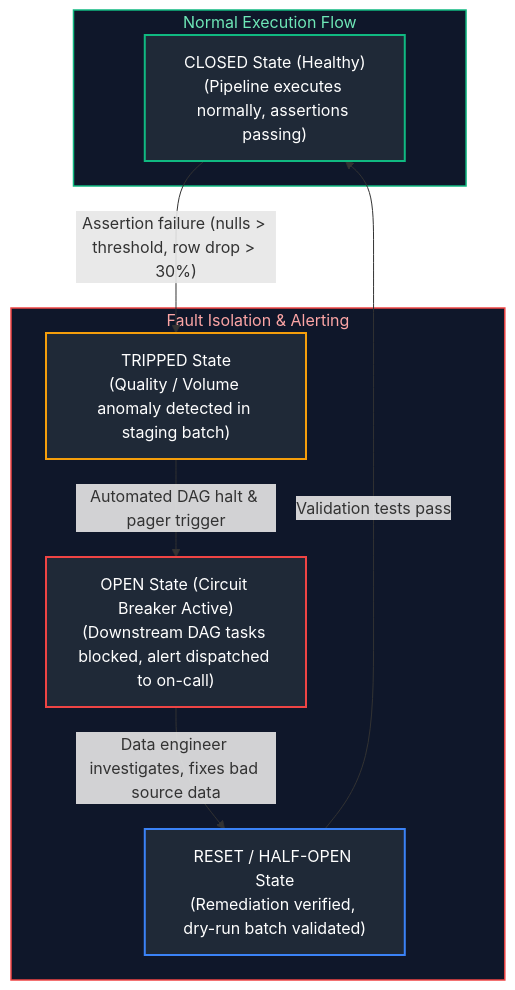
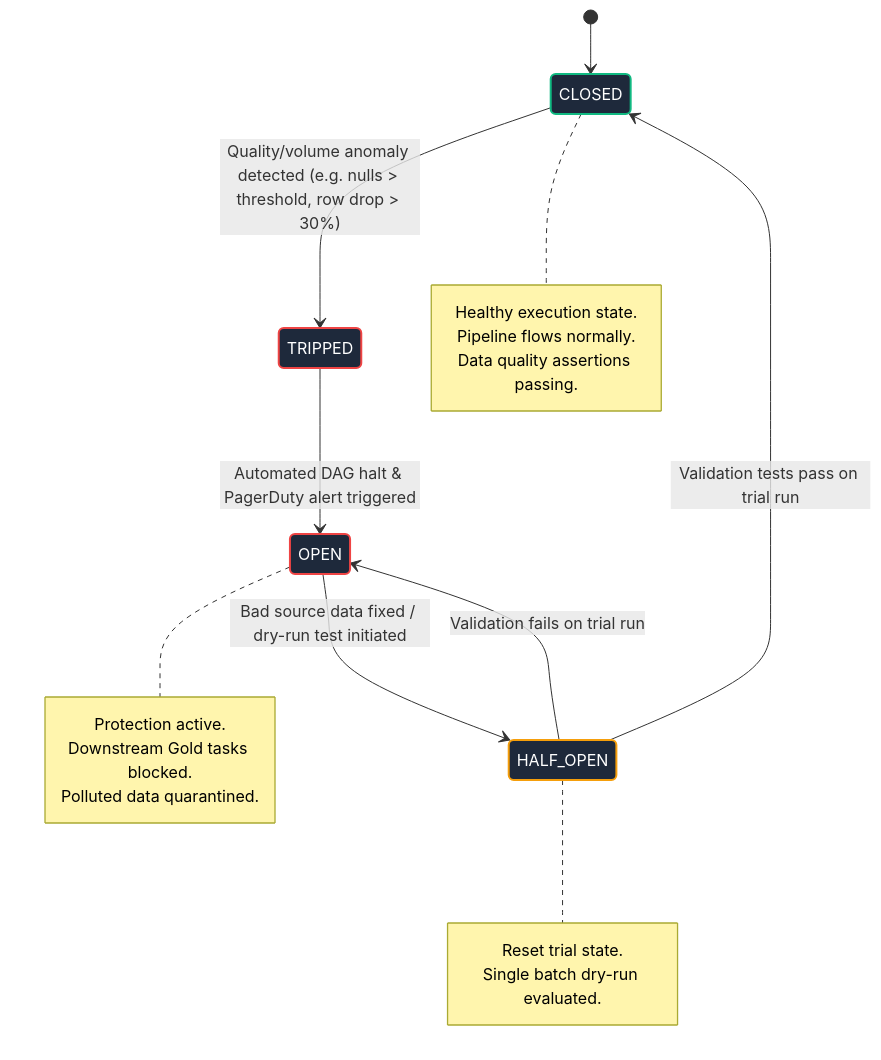
One commit to joydeep-biswas/Interview-Preparation changed the eighth of 9 diagrams in Data Engineering/14_data_governance_security_and_observability.md. Above: the diagram before and after it, drawn with Mermaid. The commit also changed other lines of this file and 76 other files, not shown here.

Commit message:
Updated Charts

````diff
--- a/Data Engineering/14_data_governance_security_and_observability.md
+++ b/Data Engineering/14_data_governance_security_and_observability.md
@@ -525,25 +527,34 @@
 ```mermaid
-flowchart TD
-    subgraph OperationalState ["Normal Execution Flow"]
-        ClosedState["CLOSED State (Healthy)<br/>(Pipeline executes normally, assertions passing)"]
-    end
+stateDiagram-v2
+    classDef operational fill:#1e293b,stroke:#10b981,stroke-width:2px,color:#ffffff
+    classDef tripped fill:#1e293b,stroke:#ef4444,stroke-width:2px,color:#ffffff
+    classDef trial fill:#1e293b,stroke:#f59e0b,stroke-width:2px,color:#ffffff
 
-    subgraph ProtectionState ["Fault Isolation & Alerting"]
-        TrippedState["TRIPPED State<br/>(Quality / Volume anomaly detected in staging batch)"]
-        OpenState["OPEN State (Circuit Breaker Active)<br/>(Downstream DAG tasks blocked, alert dispatched to on-call)"]
-        HalfOpenState["RESET / HALF-OPEN State<br/>(Remediation verified, dry-run batch validated)"]
-    end
+    [*] --> CLOSED
+    
+    CLOSED --> TRIPPED: Quality/volume anomaly detected (e.g. nulls > threshold, row drop > 30%)
+    note right of CLOSED
+        Healthy execution state.
+        Pipeline flows normally.
+        Data quality assertions passing.
+    end note
 
-    ClosedState -->|"Assertion failure (nulls > threshold, row drop > 30%)"| TrippedState
-    TrippedState -->|"Automated DAG halt & pager trigger"| OpenState
-    OpenState -->|"Data engineer investigates, fixes bad source data"| HalfOpenState
-    HalfOpenState -->|"Validation tests pass"| ClosedState
+    TRIPPED --> OPEN: Automated DAG halt & PagerDuty alert triggered
+    note right of OPEN
+        Protection active.
+        Downstream Gold tasks blocked.
+        Polluted data quarantined.
+    end note
 
-    style OperationalState fill:#0f172a,stroke:#10b981,stroke-width:1.5px,color:#6ee7b7
-    style ProtectionState fill:#0f172a,stroke:#ef4444,stroke-width:1.5px,color:#fca5a5
+    OPEN --> HALF_OPEN: Bad source data fixed / dry-run test initiated
+    HALF_OPEN --> CLOSED: Validation tests pass on trial run
+    HALF_OPEN --> OPEN: Validation fails on trial run
+    note right of HALF_OPEN
+        Reset trial state.
+        Single batch dry-run evaluated.
+    end note
 
-    style ClosedState fill:#1f2937,stroke:#10b981,stroke-width:2px,color:#fff
-    style TrippedState fill:#1f2937,stroke:#f59e0b,stroke-width:2px,color:#fff
-    style OpenState fill:#1f2937,stroke:#ef4444,stroke-width:2px,color:#fff
-    style HalfOpenState fill:#1f2937,stroke:#3b82f6,stroke-width:2px,color:#fff
+    class CLOSED operational
+    class TRIPPED,OPEN tripped
+    class HALF_OPEN trial
 ```
````
